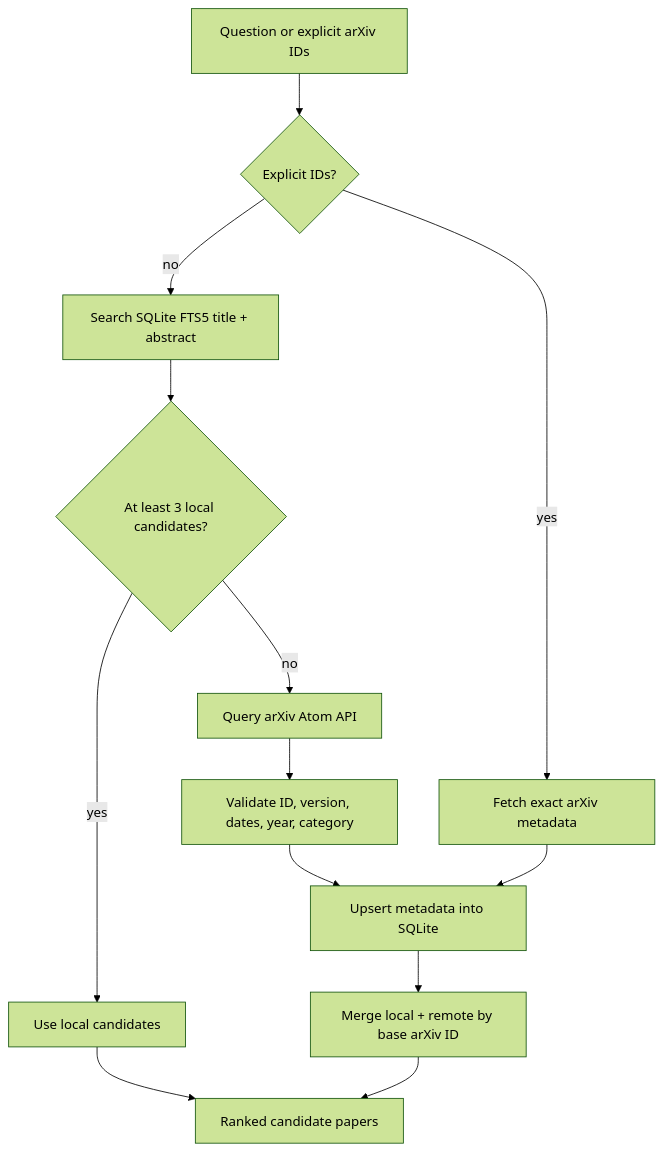
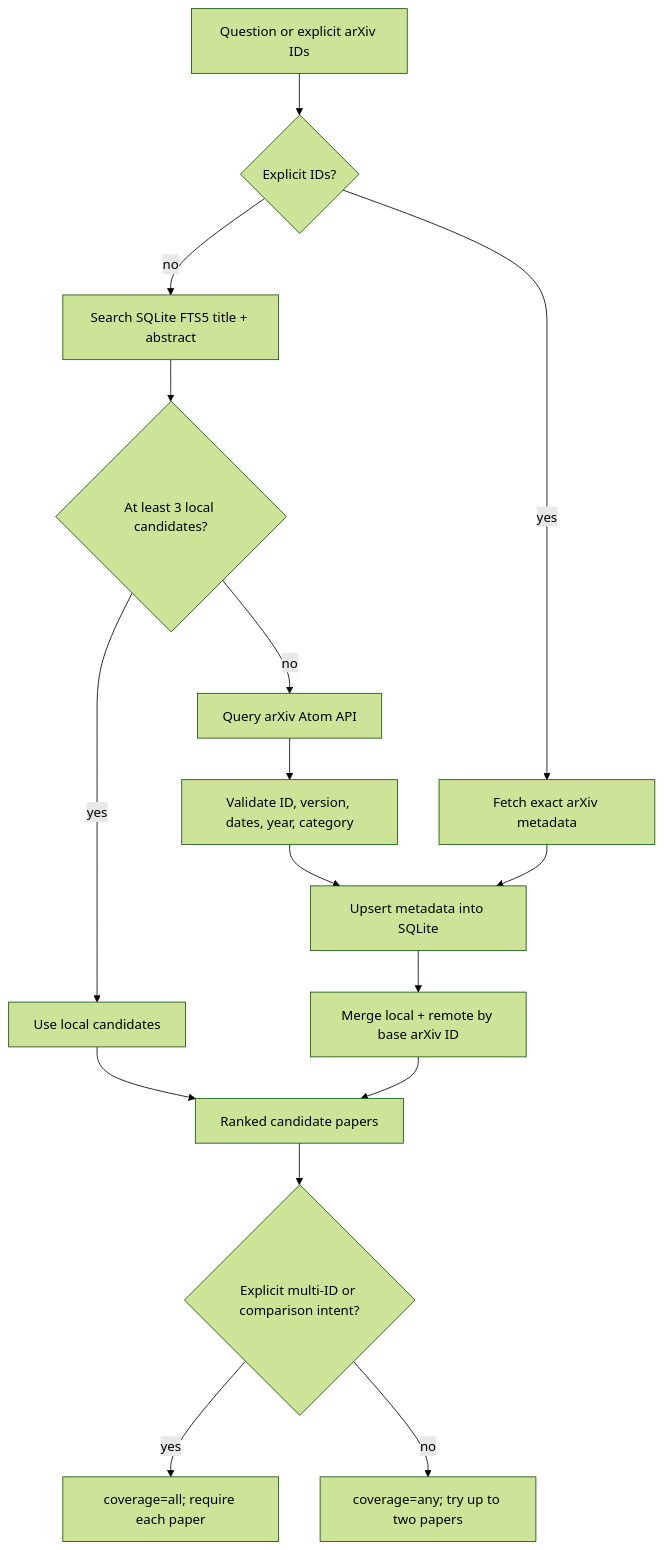
Before and after one commit to TQC0103/scientific-research-agent: the fourth of 10 diagrams in docs/SYSTEM_VISUALIZATION.md, drawn with Mermaid (forest theme). The commit also changed other lines of this file and 16 other files, not shown here.

Commit message:
Add per-paper evidence coverage

````diff
--- a/docs/SYSTEM_VISUALIZATION.md
+++ b/docs/SYSTEM_VISUALIZATION.md
@@ -80,15 +82,18 @@
 ```mermaid
 flowchart TD
     INPUT["Question or explicit arXiv IDs"] --> EXPLICIT{"Explicit IDs?"}
     EXPLICIT -->|"yes"| META["Fetch exact arXiv metadata"]
     EXPLICIT -->|"no"| FTS["Search SQLite FTS5 title + abstract"]
     FTS --> COUNT{"At least 3 local candidates?"}
     COUNT -->|"yes"| LOCAL["Use local candidates"]
     COUNT -->|"no"| ARXIV["Query arXiv Atom API"]
     ARXIV --> VALIDATE["Validate ID, version, dates, year, category"]
     VALIDATE --> UPSERT["Upsert metadata into SQLite"]
     UPSERT --> MERGE["Merge local + remote by base arXiv ID"]
     META --> UPSERT
     LOCAL --> OUTPUT["Ranked candidate papers"]
     MERGE --> OUTPUT
+    OUTPUT --> INTENT{"Explicit multi-ID or comparison intent?"}
+    INTENT -->|"yes"| ALL["coverage=all; require each paper"]
+    INTENT -->|"no"| ANY["coverage=any; try up to two papers"]
 ```
````
